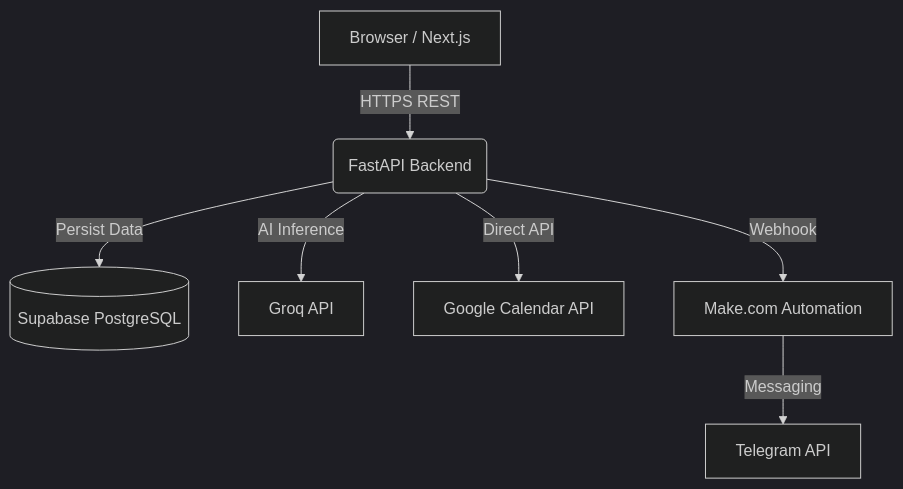
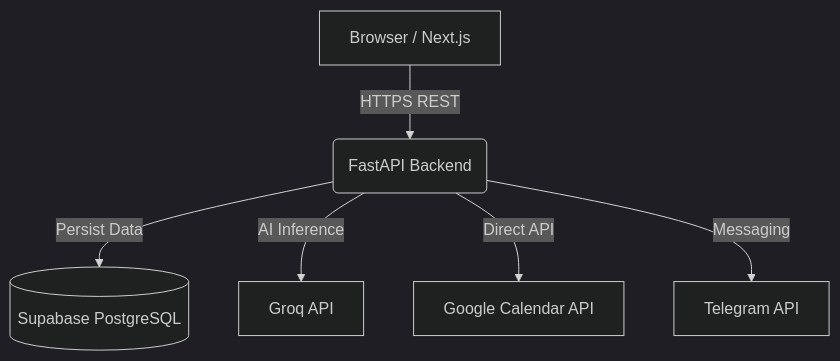
The diagram in README.md (AdharshJolly/Academix), drawn with Mermaid (dark theme) before and after one commit. The commit also changed other lines of this file, not shown here.

Commit message:
refactor: update README to remove Make.com references and clarify automation details

````diff
--- a/README.md
+++ b/README.md
@@ -33,9 +32,8 @@
 ```mermaid
 graph TD
     A[Browser / Next.js] -->|HTTPS REST| B(FastAPI Backend)
     B -->|Persist Data| C[(Supabase PostgreSQL)]
     B -->|AI Inference| D[Groq API]
     B -->|Direct API| E[Google Calendar API]
-    B -->|Webhook| F[Make.com Automation]
-    F -->|Messaging| G[Telegram API]
+    B -->|Messaging| G[Telegram API]
 ```
````
